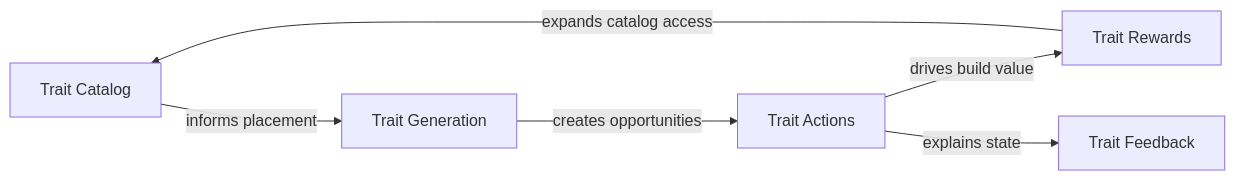
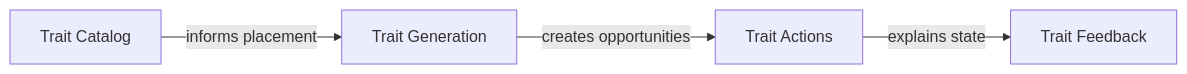
One commit to BorisThoris/memory-dungeon changed the sixth of 11 diagrams in docs/system-diagrams/README.md. Above: the diagram before and after it, drawn with Mermaid. The commit also changed other lines of this file and 124 other files, not shown here.

````diff
--- a/docs/system-diagrams/README.md
+++ b/docs/system-diagrams/README.md
@@ -220,13 +220,10 @@
 ```mermaid
 flowchart LR
     trait_catalog["Trait Catalog"]
     trait_generation["Trait Generation"]
     trait_actions["Trait Actions"]
-    trait_rewards["Trait Rewards"]
     trait_feedback["Trait Feedback"]
     trait_catalog -->|"informs placement"| trait_generation
     trait_generation -->|"creates opportunities"| trait_actions
-    trait_actions -->|"drives build value"| trait_rewards
-    trait_rewards -->|"expands catalog access"| trait_catalog
     trait_actions -->|"explains state"| trait_feedback
 ```
````
